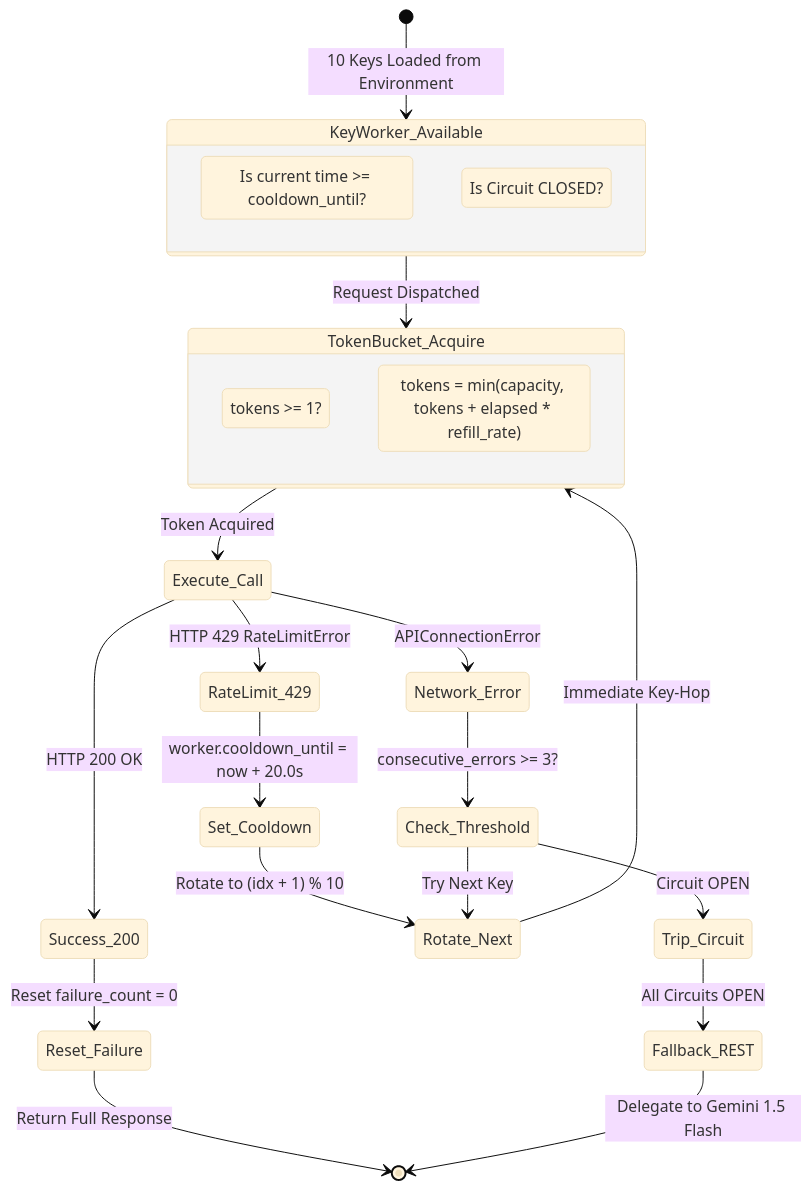
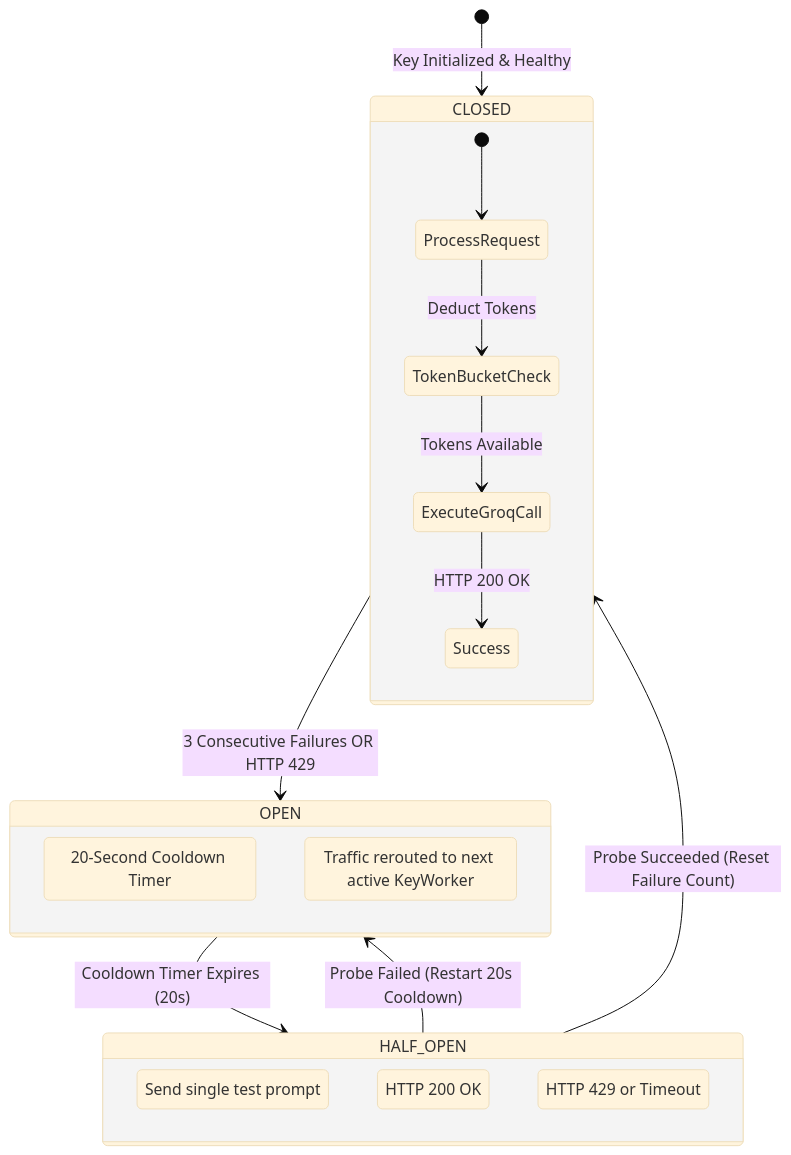
The diagram in docs/12_MULTI_KEY_GROQ_LPU_CLUSTER_RESILIENCE.md (tejakarthik657/chat_doc), drawn with Mermaid (base theme) before and after one commit. The commit also changed other lines of this file and 78 other files, not shown here.

Commit message:
feat(architecture): implement multi-tenant hospital identity and patient resolution architecture with HL7 FHIR v4, SMART OAuth, and MPI

````diff
--- a/docs/12_MULTI_KEY_GROQ_LPU_CLUSTER_RESILIENCE.md
+++ b/docs/12_MULTI_KEY_GROQ_LPU_CLUSTER_RESILIENCE.md
@@ -5,35 +21,29 @@
 ```mermaid
 stateDiagram-v2
-    [*] --> KeyWorker_Available : 10 Keys Loaded from Environment
+    [*] --> CLOSED: Key Initialized & Healthy
 
-    state KeyWorker_Available {
-        Check_Cooldown : Is current time >= cooldown_until?
-        Check_Circuit : Is Circuit CLOSED?
+    state CLOSED {
+        [*] --> ProcessRequest
+        ProcessRequest --> TokenBucketCheck: Deduct Tokens
+        TokenBucketCheck --> ExecuteGroqCall: Tokens Available
+        ExecuteGroqCall --> Success: HTTP 200 OK
     }
 
-    KeyWorker_Available --> TokenBucket_Acquire : Request Dispatched
+    CLOSED --> OPEN: 3 Consecutive Failures OR HTTP 429
     
-    state TokenBucket_Acquire {
-        Check_Tokens : tokens >= 1?
-        Refill_Math : tokens = min(capacity, tokens + elapsed * refill_rate)
+    state OPEN {
+        QuarantineKey: 20-Second Cooldown Timer
+        HopToNextKey: Traffic rerouted to next active KeyWorker
     }
 
-    TokenBucket_Acquire --> Execute_Call : Token Acquired
-    
-    Execute_Call --> Success_200 : HTTP 200 OK
-    Success_200 --> Reset_Failure : Reset failure_count = 0
-    Reset_Failure --> [*] : Return Full Response
+    OPEN --> HALF_OPEN: Cooldown Timer Expires (20s)
 
-    Execute_Call --> RateLimit_429 : HTTP 429 RateLimitError
-    RateLimit_429 --> Set_Cooldown : worker.cooldown_until = now + 20.0s
-    Set_Cooldown --> Rotate_Next : Rotate to (idx + 1) % 10
-    Rotate_Next --> TokenBucket_Acquire : Immediate Key-Hop
+    state HALF_OPEN {
+        ProbeRequest: Send single test prompt
+        ProbeSuccess: HTTP 200 OK
+        ProbeFailure: HTTP 429 or Timeout
+    }
 
-    Execute_Call --> Network_Error : APIConnectionError
-    Network_Error --> Check_Threshold : consecutive_errors >= 3?
-    Check_Threshold --> Trip_Circuit : Circuit OPEN
-    Check_Threshold --> Rotate_Next : Try Next Key
-
-    Trip_Circuit --> Fallback_REST : All Circuits OPEN
-    Fallback_REST --> [*] : Delegate to Gemini 1.5 Flash
+    HALF_OPEN --> CLOSED: Probe Succeeded (Reset Failure Count)
+    HALF_OPEN --> OPEN: Probe Failed (Restart 20s Cooldown)
 ```
````
